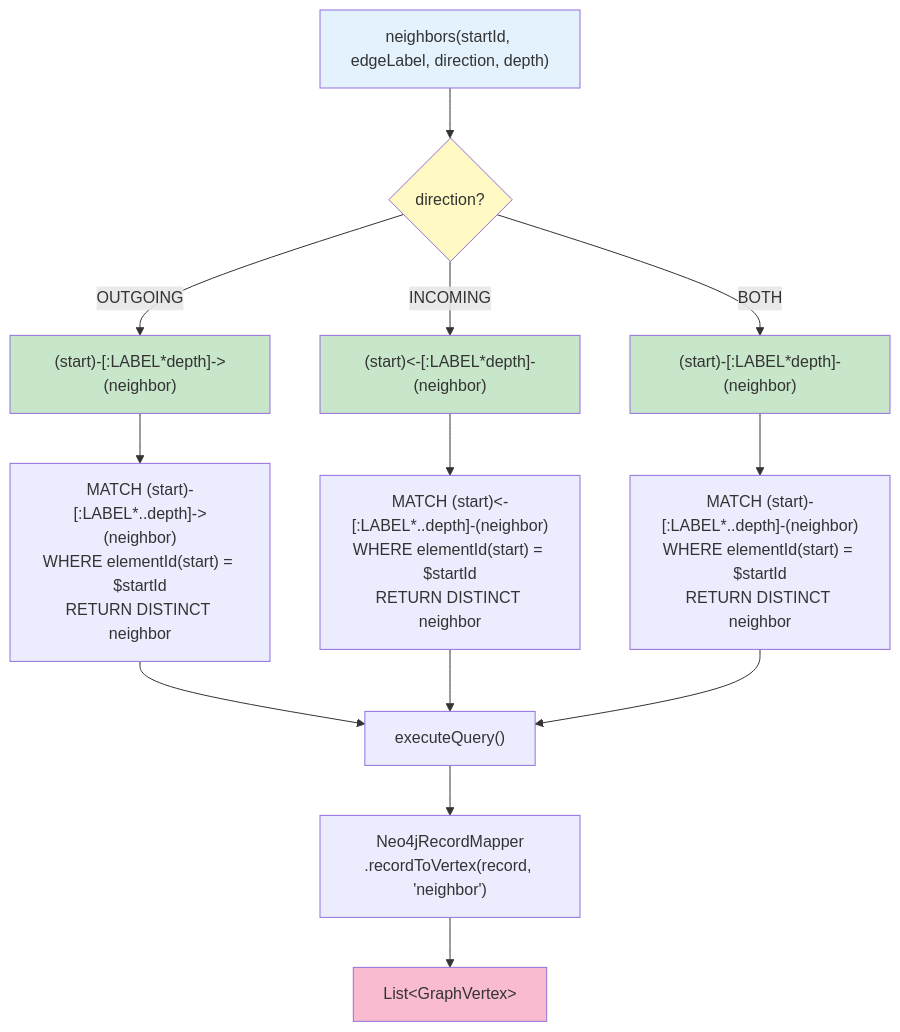
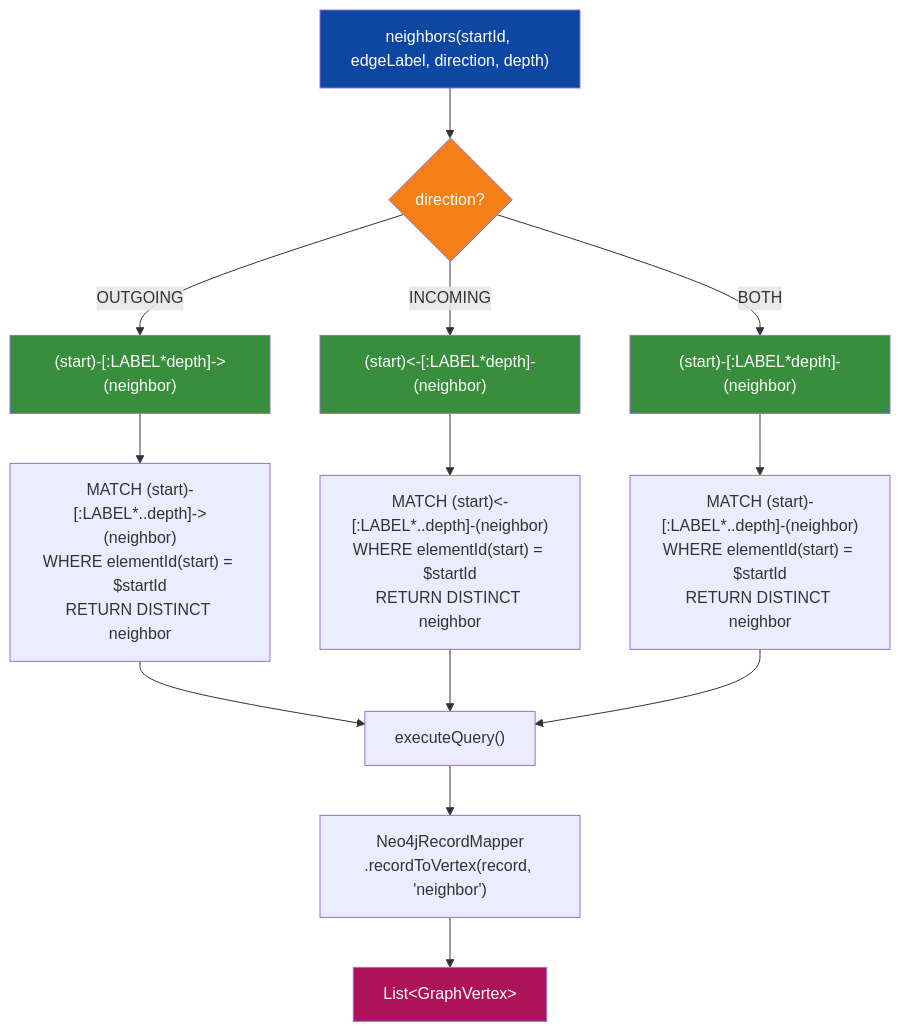
Before and after one commit to bluetape4k/bluetape4k-experimental: the ninth of 12 diagrams in graph/graph-neo4j/README.md, drawn with Mermaid. The commit also changed other lines of this file and 71 other files, not shown here.

First line of the commit message:
feat(graph): Memgraph, TinkerPop 백엔드 및 Neo4j/Memgraph/TinkerPop 예제 추가

````diff
--- a/graph/graph-neo4j/README.md
+++ b/graph/graph-neo4j/README.md
@@ -419,28 +419,28 @@
 ```mermaid
 flowchart TD
     Start["neighbors(startId, edgeLabel, direction, depth)"]
 
     Start --> CheckDirection{direction?}
 
     CheckDirection -->|OUTGOING| Outgoing["(start)-[:LABEL*depth]-&gt;(neighbor)"]
     CheckDirection -->|INCOMING| Incoming["(start)&lt;-[:LABEL*depth]-(neighbor)"]
     CheckDirection -->|BOTH| Both["(start)-[:LABEL*depth]-(neighbor)"]
 
     Outgoing --> CypherOut["MATCH (start)-[:LABEL*..depth]-&gt;(neighbor)<br/>WHERE elementId(start) = $startId<br/>RETURN DISTINCT neighbor"]
     Incoming --> CypherIn["MATCH (start)&lt;-[:LABEL*..depth]-(neighbor)<br/>WHERE elementId(start) = $startId<br/>RETURN DISTINCT neighbor"]
     Both --> CypherBoth["MATCH (start)-[:LABEL*..depth]-(neighbor)<br/>WHERE elementId(start) = $startId<br/>RETURN DISTINCT neighbor"]
 
     CypherOut --> Execute["executeQuery()"]
     CypherIn --> Execute
     CypherBoth --> Execute
 
     Execute --> MapToVertices["Neo4jRecordMapper<br/>.recordToVertex(record, 'neighbor')"]
     MapToVertices --> Result["List&lt;GraphVertex&gt;"]
 
-    style Start fill:#e3f2fd
-    style CheckDirection fill:#fff9c4
-    style Outgoing fill:#c8e6c9
-    style Incoming fill:#c8e6c9
-    style Both fill:#c8e6c9
-    style Result fill:#f8bbd0
+    style Start fill:#0D47A1,color:#fff
+    style CheckDirection fill:#F57F17,color:#fff
+    style Outgoing fill:#388E3C,color:#fff
+    style Incoming fill:#388E3C,color:#fff
+    style Both fill:#388E3C,color:#fff
+    style Result fill:#AD1457,color:#fff
 ```
````
